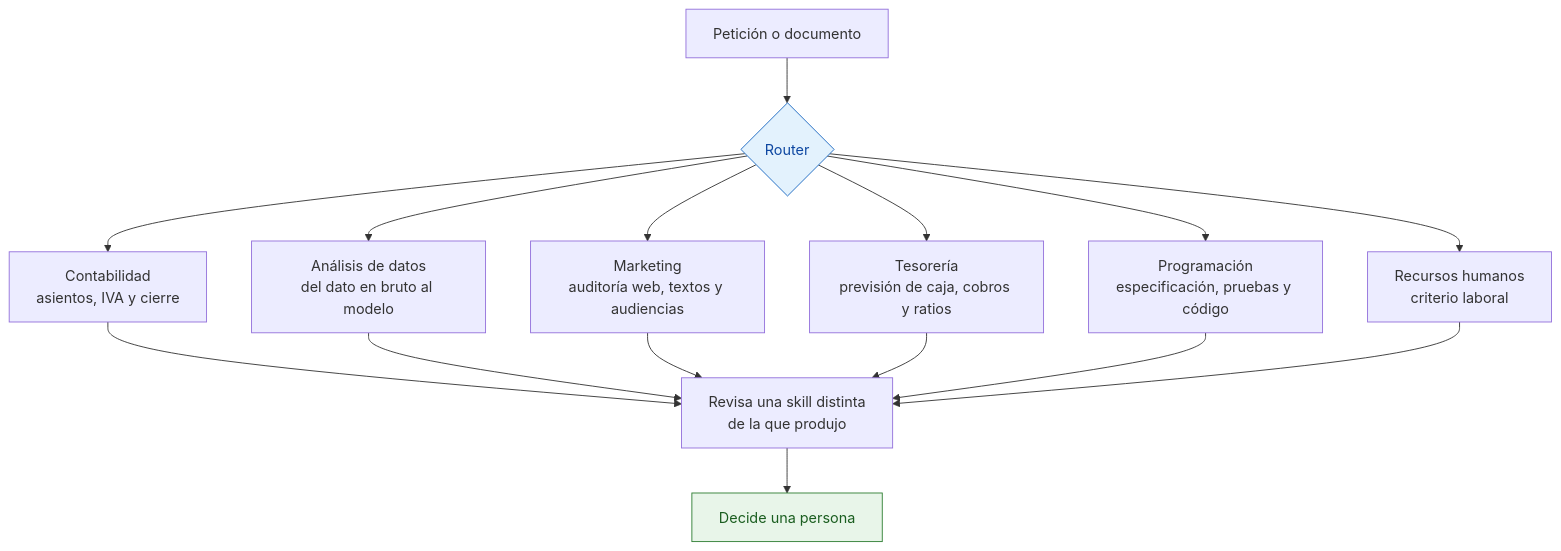
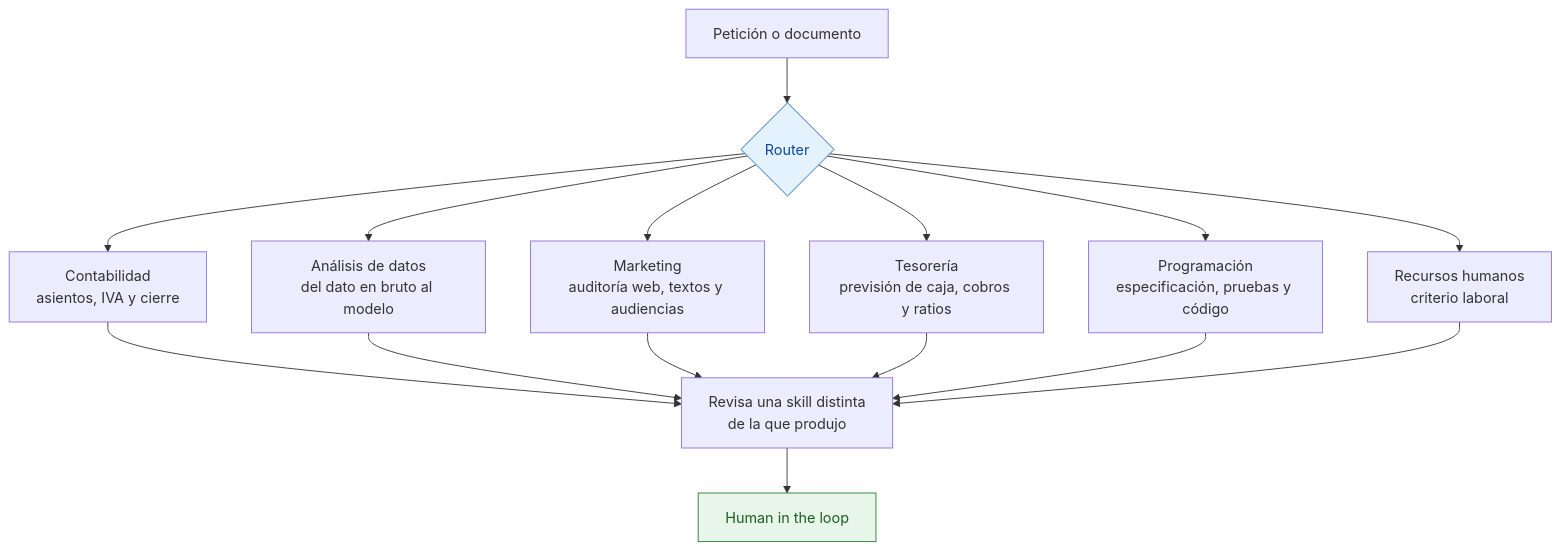
One commit to jleonceo/portfolio-juan-luis changed the first of 3 diagrams in README.md. Above: the diagram before and after it, drawn with Mermaid. The commit also changed other lines of this file and 1 other file, not shown here.

First line of the commit message:
Esquemas: human in the loop en los cuatro puntos donde decide una persona

````diff
--- a/README.md
+++ b/README.md
@@ -34,15 +34,15 @@
 ```mermaid
 flowchart TD
     P[Petición o documento] --> R{Router}
     R --> C[Contabilidad<br/>asientos, IVA y cierre]
     R --> A[Análisis de datos<br/>del dato en bruto al modelo]
     R --> M[Marketing<br/>auditoría web, textos y audiencias]
     R --> T[Tesorería<br/>previsión de caja, cobros y ratios]
     R --> G[Programación<br/>especificación, pruebas y código]
     R --> H[Recursos humanos<br/>criterio laboral]
     C & A & M & T & G & H --> V[Revisa una skill distinta<br/>de la que produjo]
-    V --> J[Decide una persona]
+    V --> J[Human in the loop]
 
     style R fill:#e3f2fd,stroke:#1565c0,color:#0d47a1
     style J fill:#e8f5e9,stroke:#2e7d32,color:#1b5e20
 ```
````
